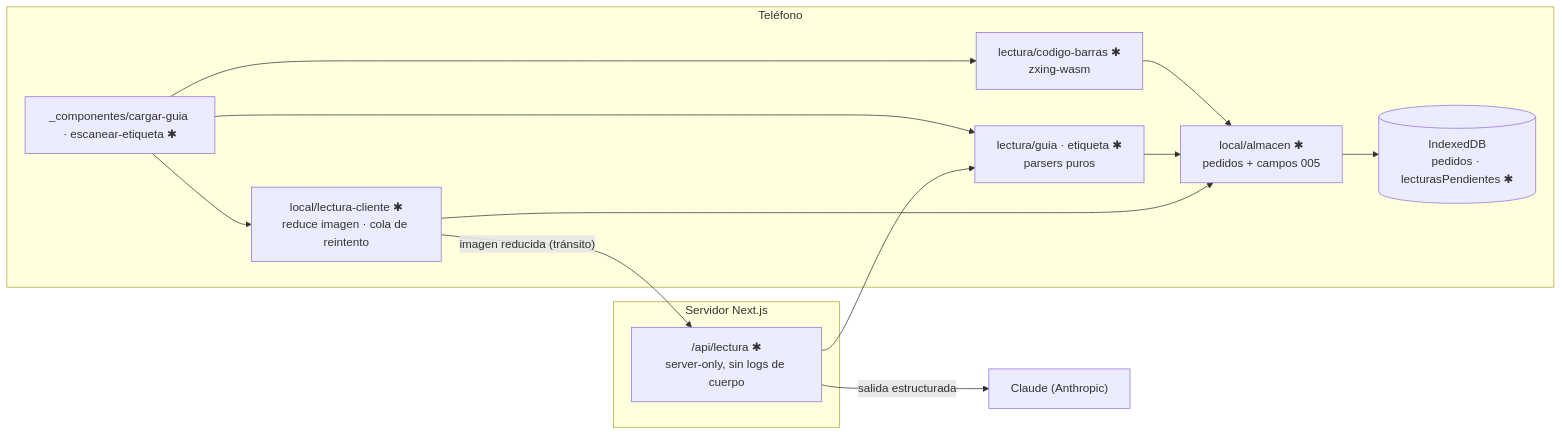
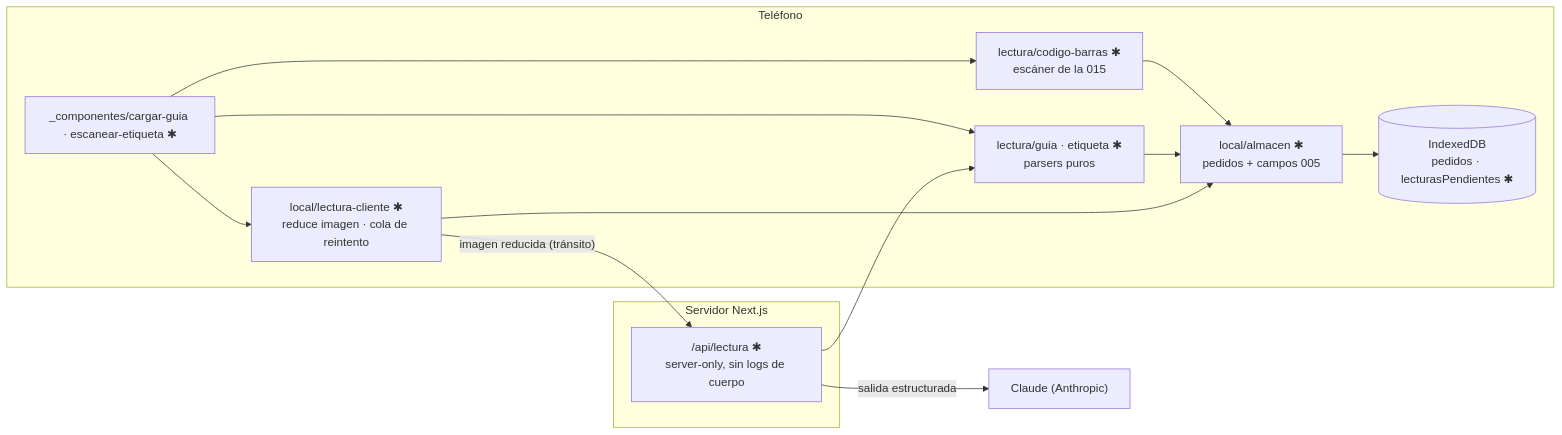
The diagram in specs/005-carga-rapida-pedidos/plan.md (etianypr/ProyectoAres), drawn with Mermaid before and after one commit. The commit also changed other lines of this file and 426 other files, not shown here.

````diff
--- a/specs/005-carga-rapida-pedidos/plan.md
+++ b/specs/005-carga-rapida-pedidos/plan.md
@@ -37,19 +37,19 @@
 ```mermaid
 flowchart LR
   subgraph TEL["Teléfono"]
     UI["_componentes/cargar-guia · escanear-etiqueta ✱"]
-    CB["lectura/codigo-barras ✱<br/>zxing-wasm"]
+    CB["lectura/codigo-barras ✱<br/>escáner de la 015"]
     PR["lectura/guia · etiqueta ✱<br/>parsers puros"]
     LC["local/lectura-cliente ✱<br/>reduce imagen · cola de reintento"]
     ALM["local/almacen ✱<br/>pedidos + campos 005"]
     IDB[("IndexedDB<br/>pedidos · lecturasPendientes ✱")]
     UI --> CB --> ALM
     UI --> PR --> ALM
     UI --> LC --> ALM --> IDB
   end
   subgraph SRV["Servidor Next.js"]
     API["/api/lectura ✱<br/>server-only, sin logs de cuerpo"]
   end
   LC -->|"imagen reducida (tránsito)"| API -->|"salida estructurada"| CL["Claude (Anthropic)"]
   API --> PR
 ```
````
